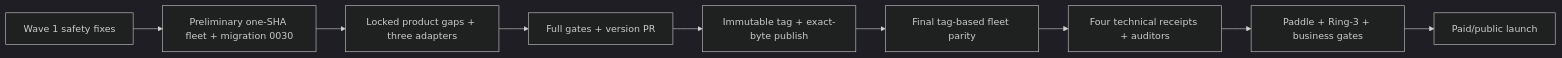
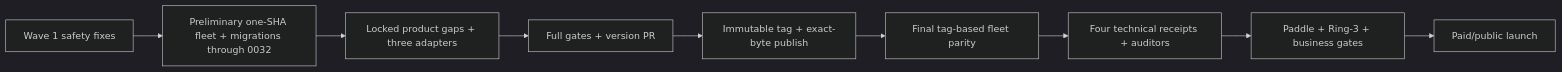
The diagram in docs/ops/launch-runbook.md (GridWork-dev/caisson), drawn with Mermaid (dark theme) before and after one commit. The commit also changed other lines of this file and 12 other files, not shown here.

````diff
--- a/docs/ops/launch-runbook.md
+++ b/docs/ops/launch-runbook.md
@@ -37,11 +37,11 @@
 ```mermaid
 flowchart LR
-    A["Wave 1 safety fixes"] --> B["Preliminary one-SHA fleet + migration 0030"]
+    A["Wave 1 safety fixes"] --> B["Preliminary one-SHA fleet + migrations through 0032"]
     B --> C["Locked product gaps + three adapters"]
     C --> D["Full gates + version PR"]
     D --> E["Immutable tag + exact-byte publish"]
     E --> F["Final tag-based fleet parity"]
     F --> G["Four technical receipts + auditors"]
     G --> H["Paddle + Ring-3 + business gates"]
     H --> I["Paid/public launch"]
 ```
````
